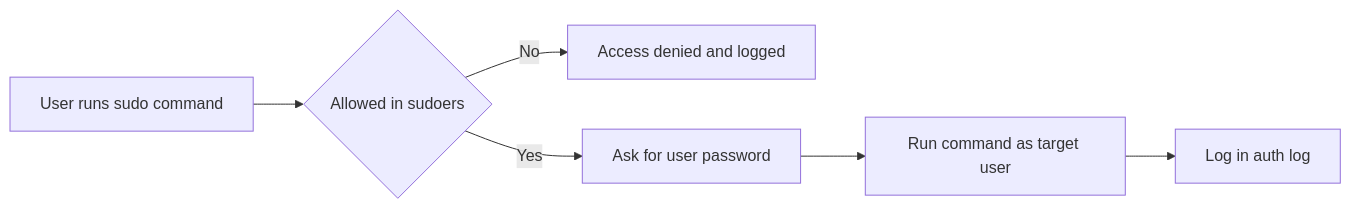
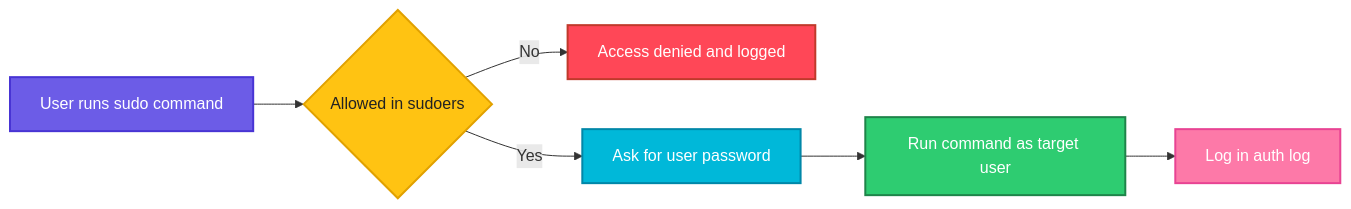
Before and after one commit to codeKerdosTech/DevOps-Documentation: the diagram in linux/user-management/sudo.md, drawn with Mermaid. The commit also changed 16 other files, not shown here.

````diff
--- a/linux/user-management/sudo.md
+++ b/linux/user-management/sudo.md
@@ -16,8 +16,21 @@
 ```mermaid
 flowchart LR
     A[User runs sudo command] --> B{Allowed in sudoers}
     B -->|No| C[Access denied and logged]
     B -->|Yes| D[Ask for user password]
     D --> E[Run command as target user]
     E --> F[Log in auth log]
+    classDef start fill:#6C5CE7,stroke:#4834D4,stroke-width:2px,color:#fff
+    classDef proc fill:#00B8D9,stroke:#0087A8,stroke-width:2px,color:#fff
+    classDef dec fill:#FFC312,stroke:#E1A100,stroke-width:2px,color:#222
+    classDef ok fill:#2ECC71,stroke:#1E8449,stroke-width:2px,color:#fff
+    classDef err fill:#FF4757,stroke:#C0392B,stroke-width:2px,color:#fff
+    classDef out fill:#FD79A8,stroke:#E84393,stroke-width:2px,color:#fff
+    classDef alt fill:#FF9F43,stroke:#E67E22,stroke-width:2px,color:#fff
+    class A start
+    class B dec
+    class C err
+    class D proc
+    class E ok
+    class F out
 ```
````
